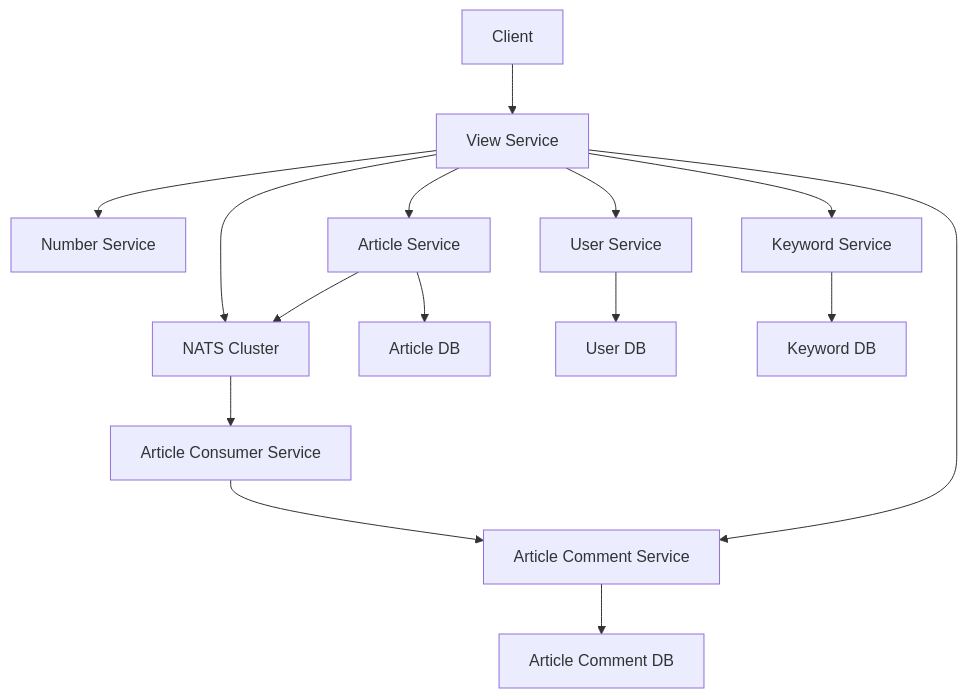
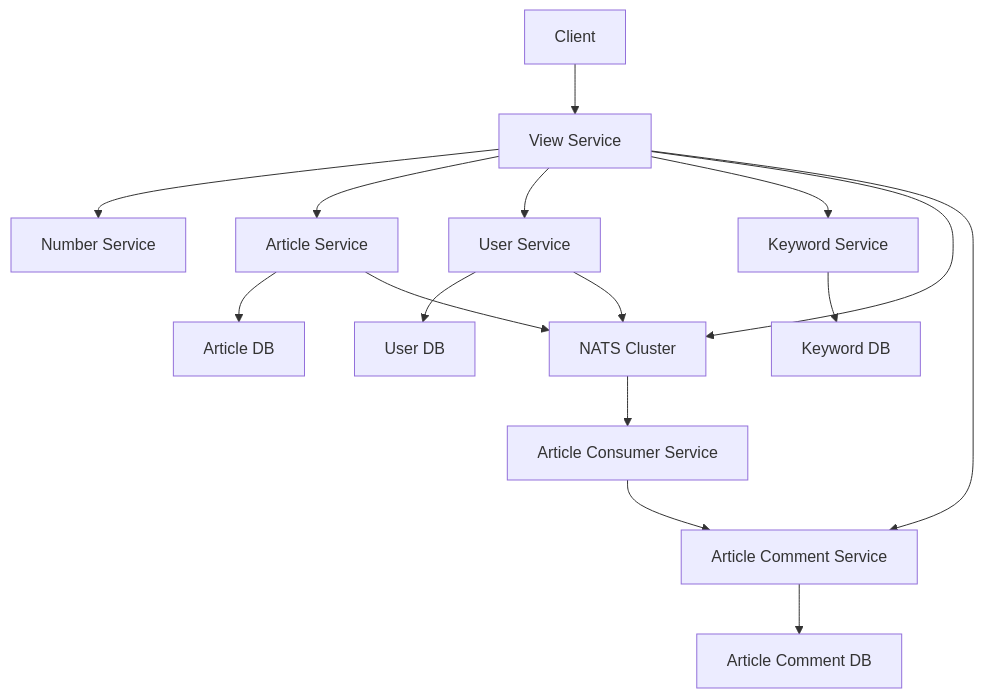
Before and after one commit to leonsteinhaeuser/example-app: the diagram in README.md, drawn with Mermaid. The commit also changed 3 other files, not shown here.

````diff
--- a/README.md
+++ b/README.md
@@ -5,24 +5,25 @@
 ```mermaid
 graph TD
   A[Client] --> B[View Service]
   NATS[NATS Cluster]
 
   B --> C[Number Service]
 
   B --> D[Article Service]
   D --> D1[Article DB]
   D --> NATS
 
   B --> E[User Service]
   E --> E1[User DB]
+  E --> NATS
 
   B --> F[Keyword Service]
   F --> F1[Keyword DB]
   B --> NATS
 
   B --> G[Article Comment Service]
   G --> G1[Article Comment DB]
 
   NATS --> H[Article Consumer Service]
   H --> G
 ```
````
